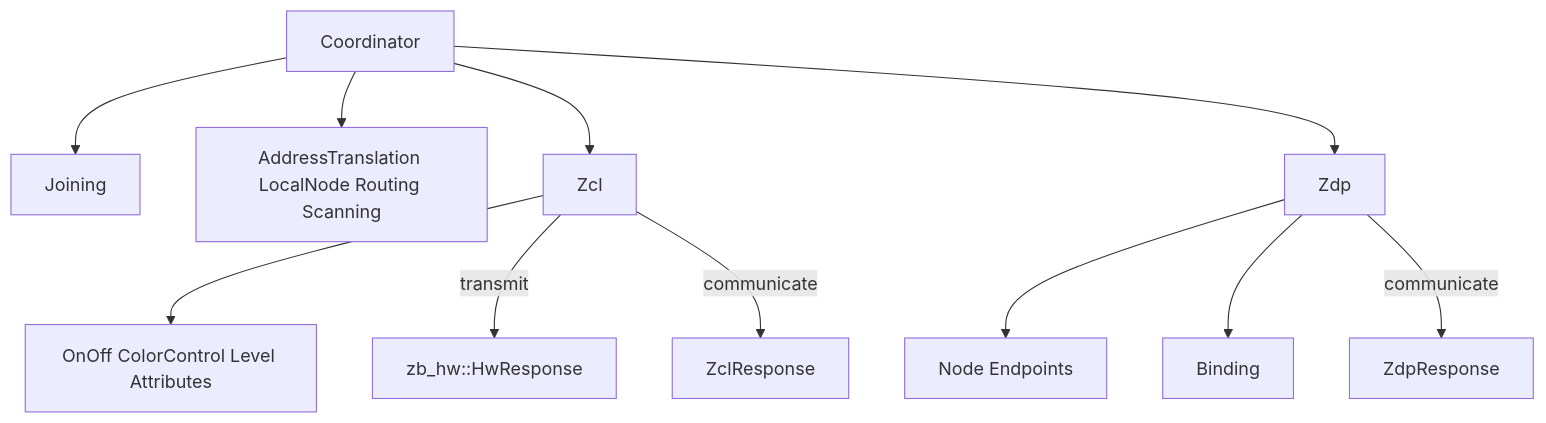
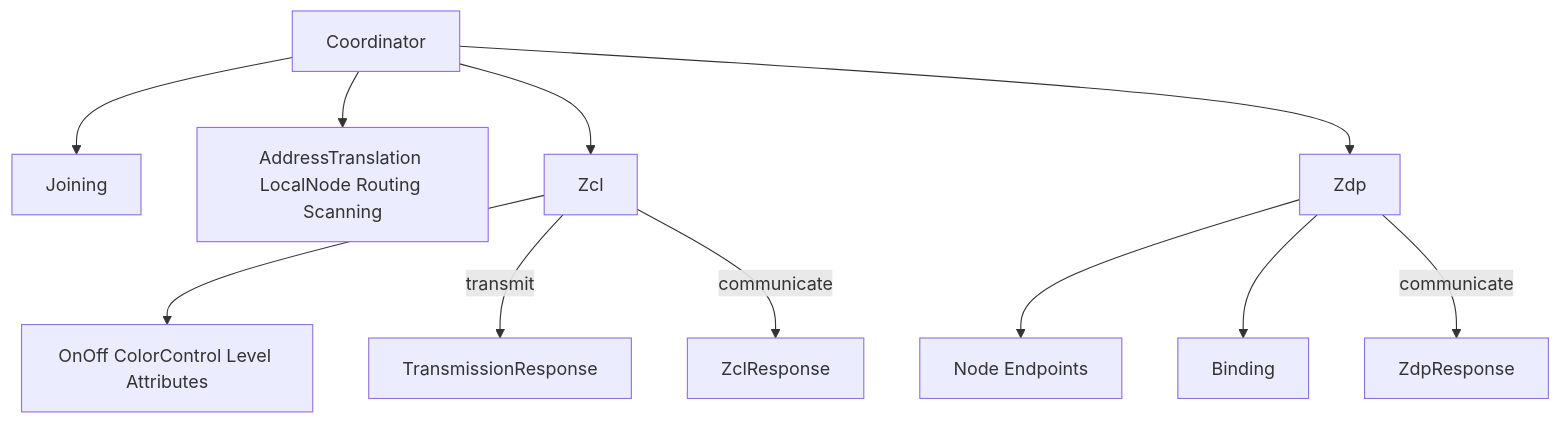
The second of 8 diagrams in coordinator/ARCHITECTURE.md (PaulmannLighting/apis-saltans), drawn with Mermaid before and after one commit. The commit also changed other lines of this file and 9 other files, not shown here.

Commit message:
Re-export missing `TransmissionResponse`.

````diff
--- a/coordinator/ARCHITECTURE.md
+++ b/coordinator/ARCHITECTURE.md
@@ -152,25 +152,25 @@
 ```mermaid
 flowchart TD
     COORD[Coordinator]
     JOIN[Joining]
     HWHELPERS[AddressTranslation LocalNode Routing Scanning]
     ZCL[Zcl]
     ZDP[Zdp]
     CLUSTERS[OnOff ColorControl Level Attributes]
     DISCOVERY[Node Endpoints]
     BIND[Binding]
-    HWR[zb_hw::HwResponse]
+    TXR[TransmissionResponse]
     ZCLR[ZclResponse]
     ZDPR[ZdpResponse]
 
     COORD --> JOIN
     COORD --> HWHELPERS
     COORD --> ZCL
     COORD --> ZDP
     ZCL --> CLUSTERS
     ZDP --> DISCOVERY
     ZDP --> BIND
-    ZCL -->|transmit| HWR
+    ZCL -->|transmit| TXR
     ZCL -->|communicate| ZCLR
     ZDP -->|communicate| ZDPR
 ```
````
